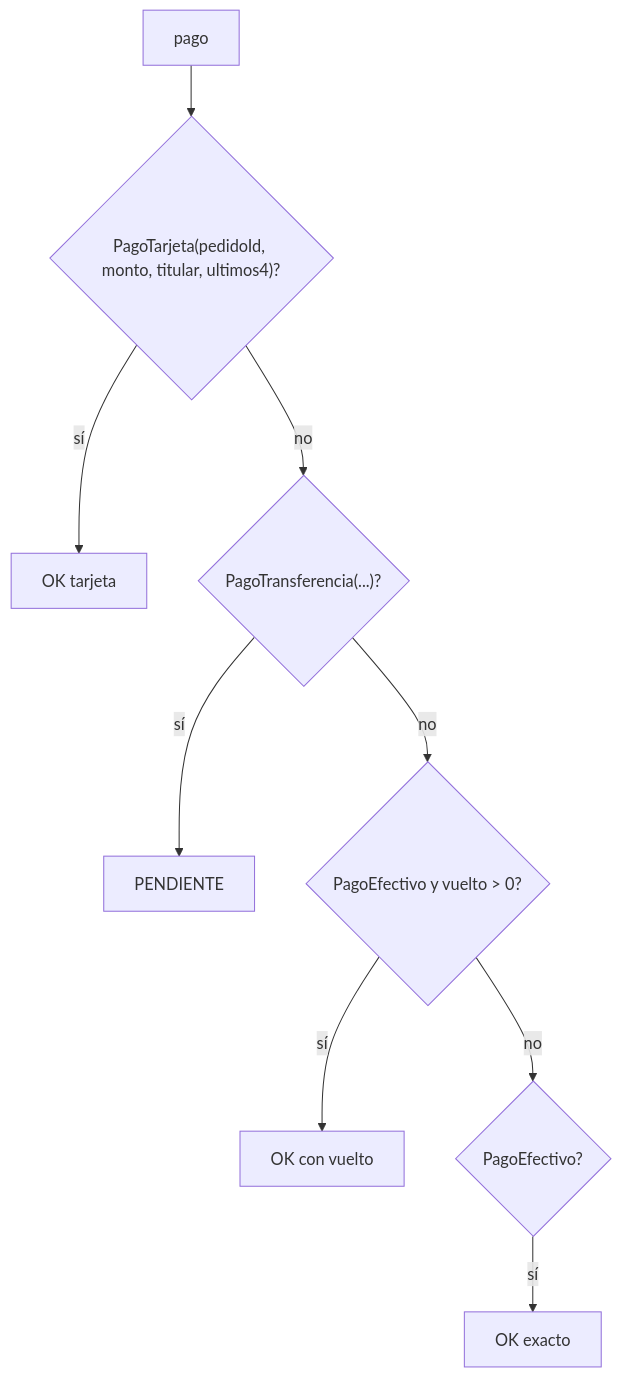
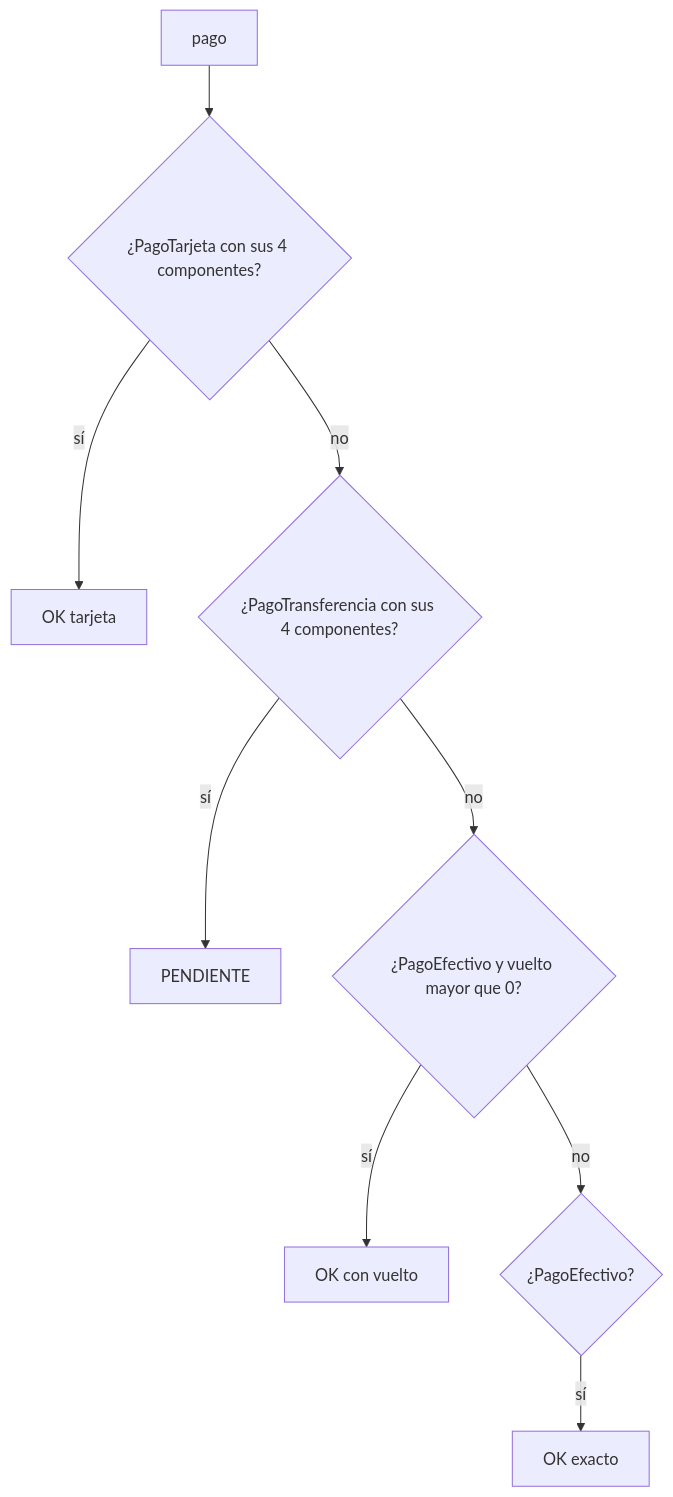
The second of 3 diagrams in web/public/content/java/modulo-7.md (NICORUIZ93/The_Imperial_Book), drawn with Mermaid before and after one commit. The commit also changed other lines of this file and 65 other files, not shown here.

````diff
--- a/web/public/content/java/modulo-7.md
+++ b/web/public/content/java/modulo-7.md
@@ -468,11 +628,11 @@
 ```mermaid
 flowchart TB
-  V["pago"] --> C1{"PagoTarjeta(pedidoId, monto, titular, ultimos4)?"}
-  C1 -->|sí| A1["OK tarjeta"]
-  C1 -->|no| C2{"PagoTransferencia(...)?"}
-  C2 -->|sí| A2["PENDIENTE"]
-  C2 -->|no| C3{"PagoEfectivo y vuelto > 0?"}
-  C3 -->|sí| A3["OK con vuelto"]
-  C3 -->|no| C4{"PagoEfectivo?"}
-  C4 -->|sí| A4["OK exacto"]
+  V["pago"] --> C1{"¿PagoTarjeta con sus 4 componentes?"}
+  C1 -->|"sí"| A1["OK tarjeta"]
+  C1 -->|"no"| C2{"¿PagoTransferencia con sus 4 componentes?"}
+  C2 -->|"sí"| A2["PENDIENTE"]
+  C2 -->|"no"| C3{"¿PagoEfectivo y vuelto mayor que 0?"}
+  C3 -->|"sí"| A3["OK con vuelto"]
+  C3 -->|"no"| C4{"¿PagoEfectivo?"}
+  C4 -->|"sí"| A4["OK exacto"]
 ```
````
